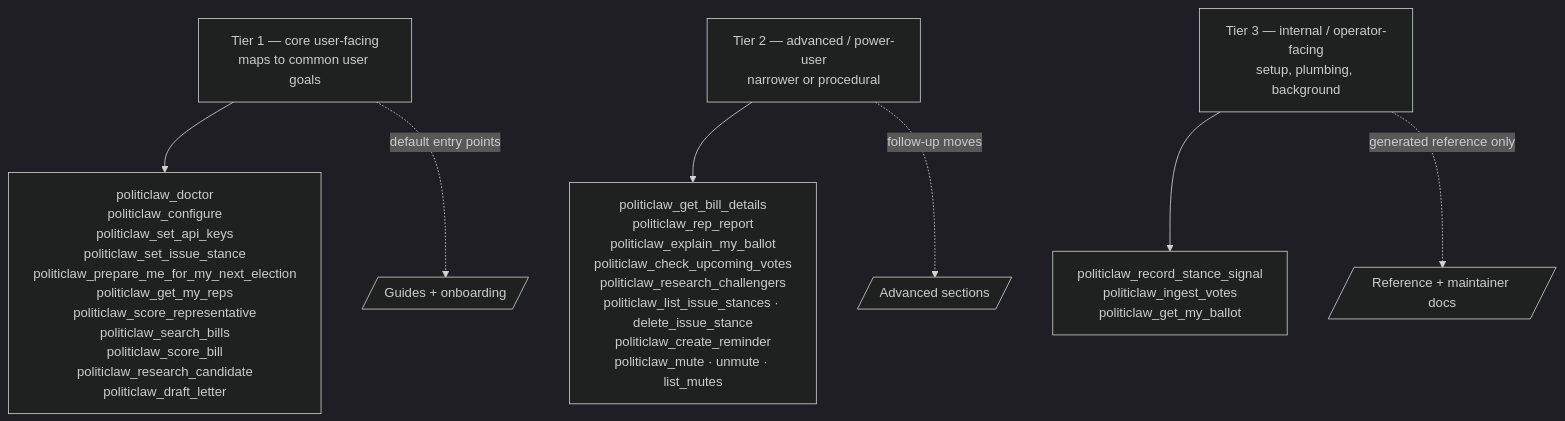
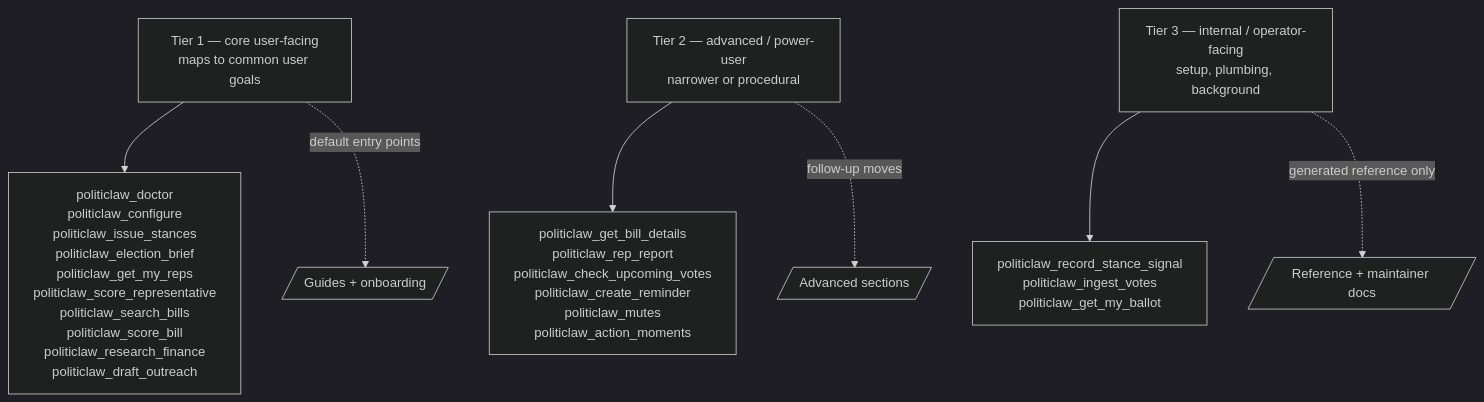
The diagram in apps/docs/maintainers/tool-surface.md (PolitiClaw/PolitiClaw), drawn with Mermaid (dark theme) before and after one commit. The commit also changed other lines of this file and 112 other files, not shown here.

````diff
--- a/apps/docs/maintainers/tool-surface.md
+++ b/apps/docs/maintainers/tool-surface.md
@@ -3,14 +3,14 @@
 ```mermaid
 graph TB
   tier1["Tier 1 — core user-facing<br/>maps to common user goals"]
   tier2["Tier 2 — advanced / power-user<br/>narrower or procedural"]
   tier3["Tier 3 — internal / operator-facing<br/>setup, plumbing, background"]
 
-  tier1 --> tools1["politiclaw_doctor<br/>politiclaw_configure<br/>politiclaw_set_api_keys<br/>politiclaw_set_issue_stance<br/>politiclaw_prepare_me_for_my_next_election<br/>politiclaw_get_my_reps<br/>politiclaw_score_representative<br/>politiclaw_search_bills<br/>politiclaw_score_bill<br/>politiclaw_research_candidate<br/>politiclaw_draft_letter"]
-  tier2 --> tools2["politiclaw_get_bill_details<br/>politiclaw_rep_report<br/>politiclaw_explain_my_ballot<br/>politiclaw_check_upcoming_votes<br/>politiclaw_research_challengers<br/>politiclaw_list_issue_stances · delete_issue_stance<br/>politiclaw_create_reminder<br/>politiclaw_mute · unmute · list_mutes"]
+  tier1 --> tools1["politiclaw_doctor<br/>politiclaw_configure<br/>politiclaw_issue_stances<br/>politiclaw_election_brief<br/>politiclaw_get_my_reps<br/>politiclaw_score_representative<br/>politiclaw_search_bills<br/>politiclaw_score_bill<br/>politiclaw_research_finance<br/>politiclaw_draft_outreach"]
+  tier2 --> tools2["politiclaw_get_bill_details<br/>politiclaw_rep_report<br/>politiclaw_check_upcoming_votes<br/>politiclaw_create_reminder<br/>politiclaw_mutes<br/>politiclaw_action_moments"]
   tier3 --> tools3["politiclaw_record_stance_signal<br/>politiclaw_ingest_votes<br/>politiclaw_get_my_ballot"]
 
   tier1 -. "default entry points" .-> nav1[/"Guides + onboarding"/]
   tier2 -. "follow-up moves" .-> nav2[/"Advanced sections"/]
   tier3 -. "generated reference only" .-> nav3[/"Reference + maintainer docs"/]
 ```
````
